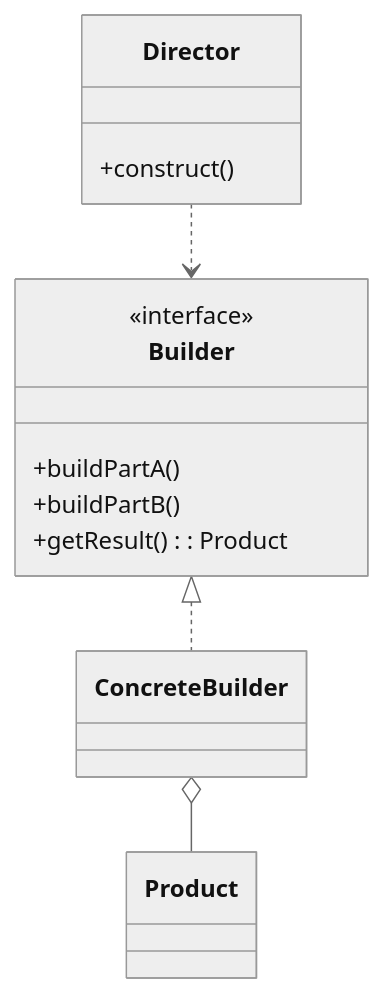
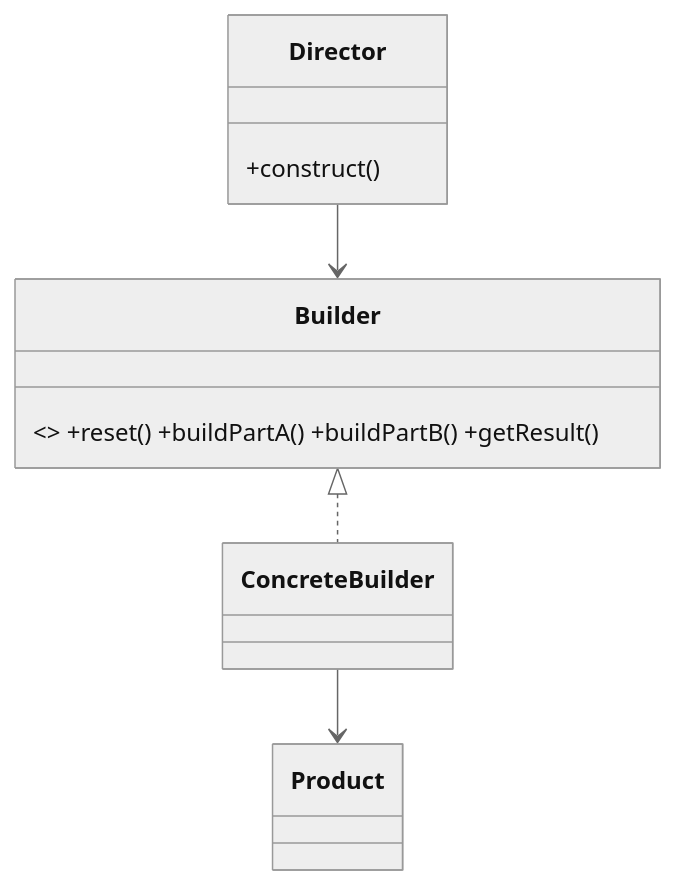
One commit to apdaza/gof-patterns-in-pygame changed the second of 23 diagrams in README.md. Above: the diagram before and after it, drawn with Mermaid (neutral theme). The commit also changed other lines of this file, not shown here.

````diff
--- a/README.md
+++ b/README.md
@@ -47,19 +79,10 @@
 ```mermaid
 classDiagram
-    direction TD
-    class Director {
-      +construct()
-    }
-    class Builder {
-      <<interface>>
-      +buildPartA()
-      +buildPartB()
-      +getResult(): Product
-    }
-    class ConcreteBuilder
-    class Product
-
-    Director ..> Builder
-    Builder <|.. ConcreteBuilder
-    ConcreteBuilder o-- Product
+class Director{+construct()}
+class Builder{<<interface>> +reset() +buildPartA() +buildPartB() +getResult()}
+class ConcreteBuilder
+class Product
+Director --> Builder
+Builder <|.. ConcreteBuilder
+ConcreteBuilder --> Product
 ```
````
